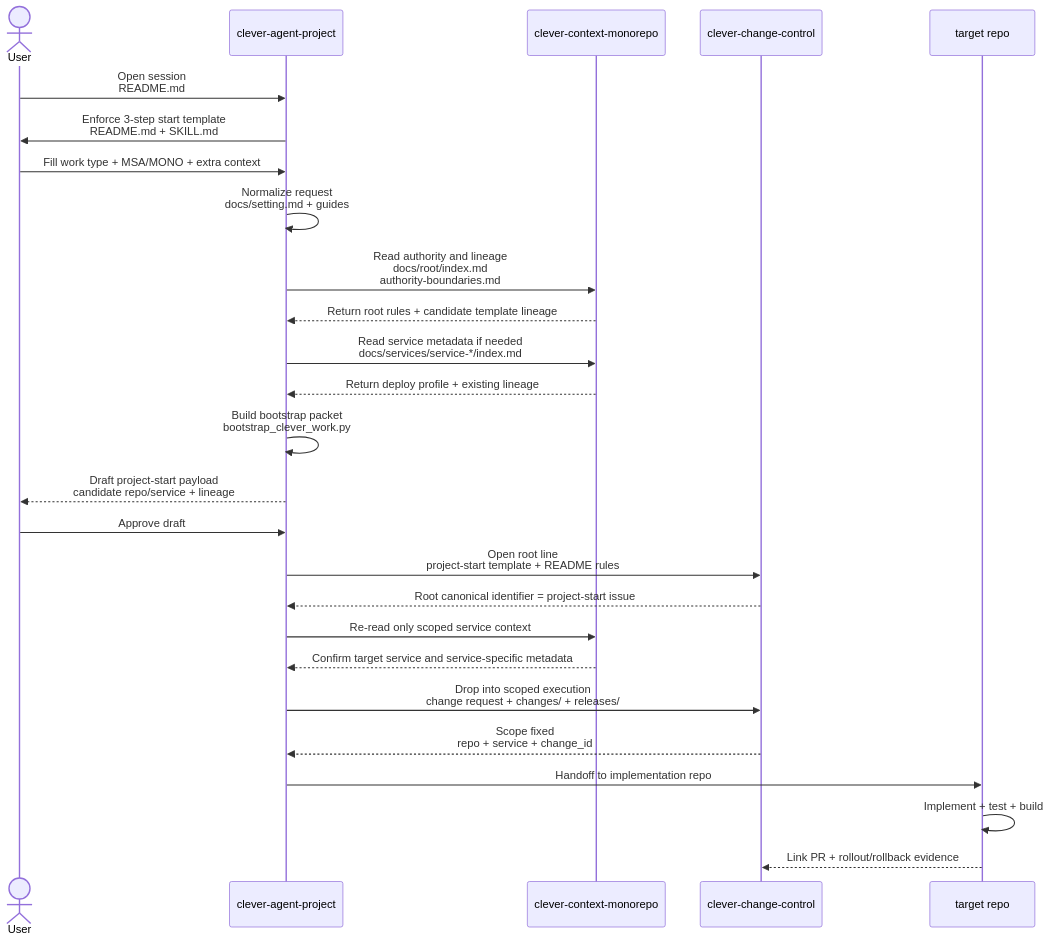
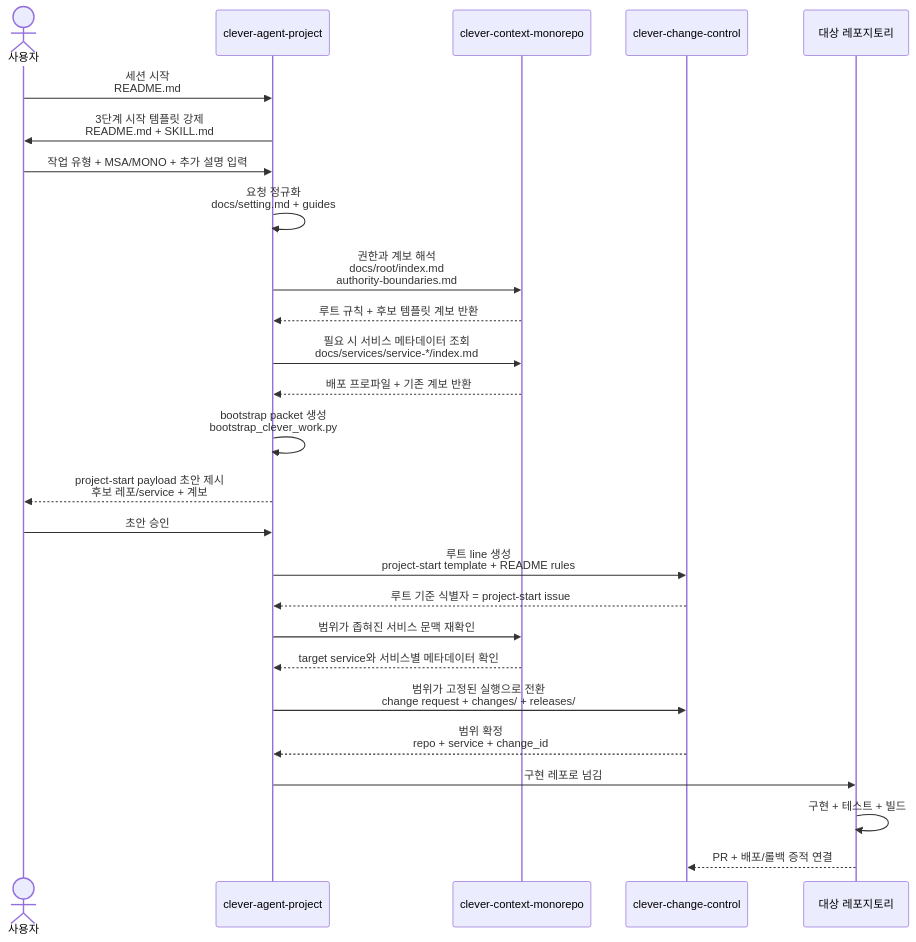
One commit to EVNSolution/clever-agent-project changed the diagram in docs/diagrams/clever-work-lifecycle.md. Above: the diagram before and after it, drawn with Mermaid. The commit also changed other lines of this file and 4 other files, not shown here.

Commit message:
한글 README로 재구성하고 다이어그램 노출 정리

````diff
--- a/docs/diagrams/clever-work-lifecycle.md
+++ b/docs/diagrams/clever-work-lifecycle.md
@@ -5,35 +5,35 @@
 ```mermaid
 sequenceDiagram
-    actor U as User
+    actor U as 사용자
     participant AP as clever-agent-project
     participant CTX as clever-context-monorepo
     participant CC as clever-change-control
-    participant TR as target repo
+    participant TR as 대상 레포지토리
 
-    U->>AP: Open session<br/>README.md
-    AP->>U: Enforce 3-step start template<br/>README.md + SKILL.md
-    U->>AP: Fill work type + MSA/MONO + extra context
+    U->>AP: 세션 시작<br/>README.md
+    AP->>U: 3단계 시작 템플릿 강제<br/>README.md + SKILL.md
+    U->>AP: 작업 유형 + MSA/MONO + 추가 설명 입력
 
-    AP->>AP: Normalize request<br/>docs/setting.md + guides
-    AP->>CTX: Read authority and lineage<br/>docs/root/index.md<br/>authority-boundaries.md
-    CTX-->>AP: Return root rules + candidate template lineage
-    AP->>CTX: Read service metadata if needed<br/>docs/services/service-*/index.md
-    CTX-->>AP: Return deploy profile + existing lineage
+    AP->>AP: 요청 정규화<br/>docs/setting.md + guides
+    AP->>CTX: 권한과 계보 해석<br/>docs/root/index.md<br/>authority-boundaries.md
+    CTX-->>AP: 루트 규칙 + 후보 템플릿 계보 반환
+    AP->>CTX: 필요 시 서비스 메타데이터 조회<br/>docs/services/service-*/index.md
+    CTX-->>AP: 배포 프로파일 + 기존 계보 반환
 
-    AP->>AP: Build bootstrap packet<br/>bootstrap_clever_work.py
-    AP-->>U: Draft project-start payload<br/>candidate repo/service + lineage
-    U->>AP: Approve draft
+    AP->>AP: bootstrap packet 생성<br/>bootstrap_clever_work.py
+    AP-->>U: project-start payload 초안 제시<br/>후보 레포/service + 계보
+    U->>AP: 초안 승인
 
-    AP->>CC: Open root line<br/>project-start template + README rules
-    CC-->>AP: Root canonical identifier = project-start issue #
+    AP->>CC: 루트 line 생성<br/>project-start template + README rules
+    CC-->>AP: 루트 기준 식별자 = project-start issue #
 
-    AP->>CTX: Re-read only scoped service context
-    CTX-->>AP: Confirm target service and service-specific metadata
+    AP->>CTX: 범위가 좁혀진 서비스 문맥 재확인
+    CTX-->>AP: target service와 서비스별 메타데이터 확인
 
-    AP->>CC: Drop into scoped execution<br/>change request + changes/ + releases/
-    CC-->>AP: Scope fixed<br/>repo + service + change_id
+    AP->>CC: 범위가 고정된 실행으로 전환<br/>change request + changes/ + releases/
+    CC-->>AP: 범위 확정<br/>repo + service + change_id
 
-    AP->>TR: Handoff to implementation repo
-    TR->>TR: Implement + test + build
-    TR-->>CC: Link PR + rollout/rollback evidence
+    AP->>TR: 구현 레포로 넘김
+    TR->>TR: 구현 + 테스트 + 빌드
+    TR-->>CC: PR + 배포/롤백 증적 연결
 ```
````
